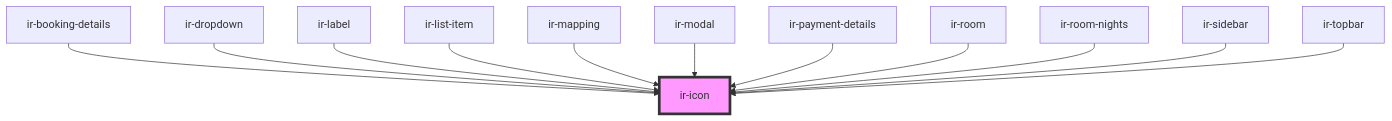
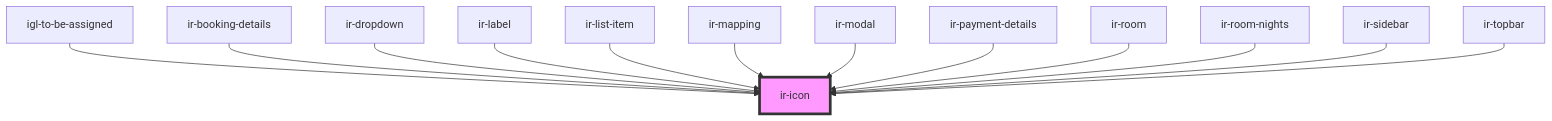
Before and after one commit to David1Chowaifaty/modified-ir-webcmp: the diagram in src/components/ir-icon/readme.md, drawn with Mermaid. The commit also changed other lines of this file and 1722 other files, not shown here.

````diff
--- a/src/components/ir-icon/readme.md
+++ b/src/components/ir-icon/readme.md
@@ -39,15 +40,16 @@
 ```mermaid
 graph TD;
+  igl-to-be-assigned --> ir-icon
   ir-booking-details --> ir-icon
   ir-dropdown --> ir-icon
   ir-label --> ir-icon
   ir-list-item --> ir-icon
   ir-mapping --> ir-icon
   ir-modal --> ir-icon
   ir-payment-details --> ir-icon
   ir-room --> ir-icon
   ir-room-nights --> ir-icon
   ir-sidebar --> ir-icon
   ir-topbar --> ir-icon
   style ir-icon fill:#f9f,stroke:#333,stroke-width:4px
 ```
````
